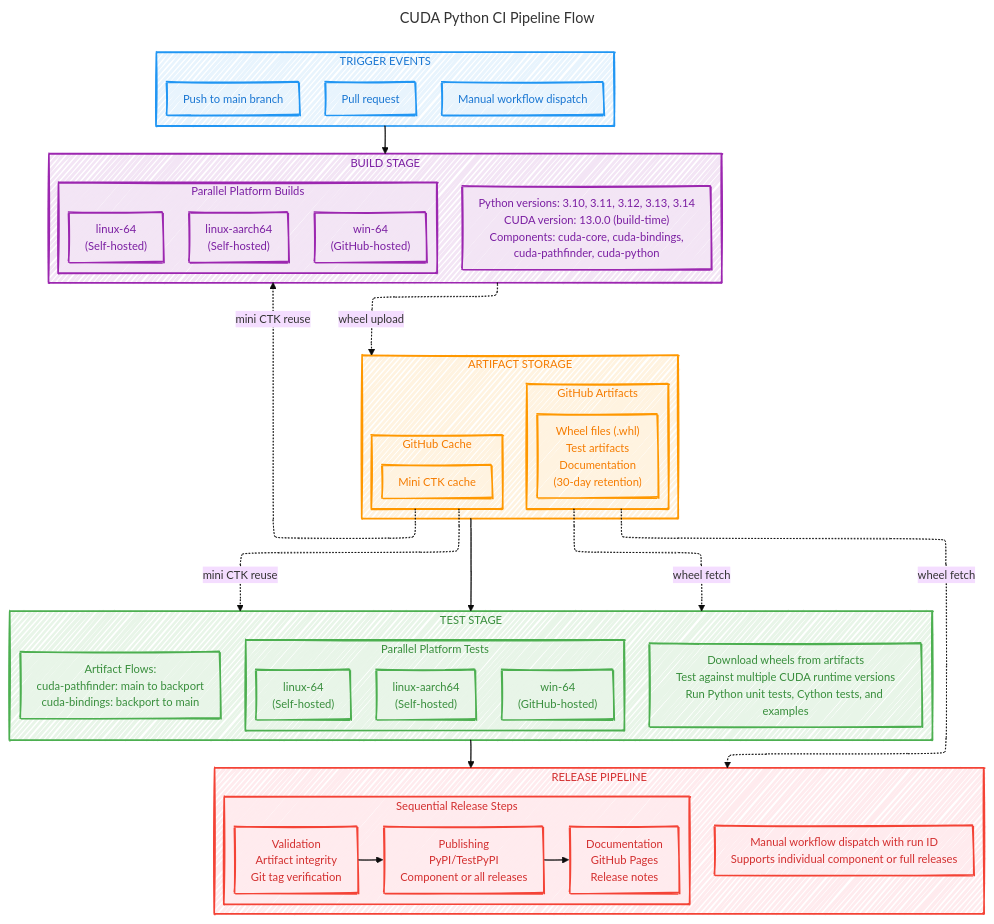
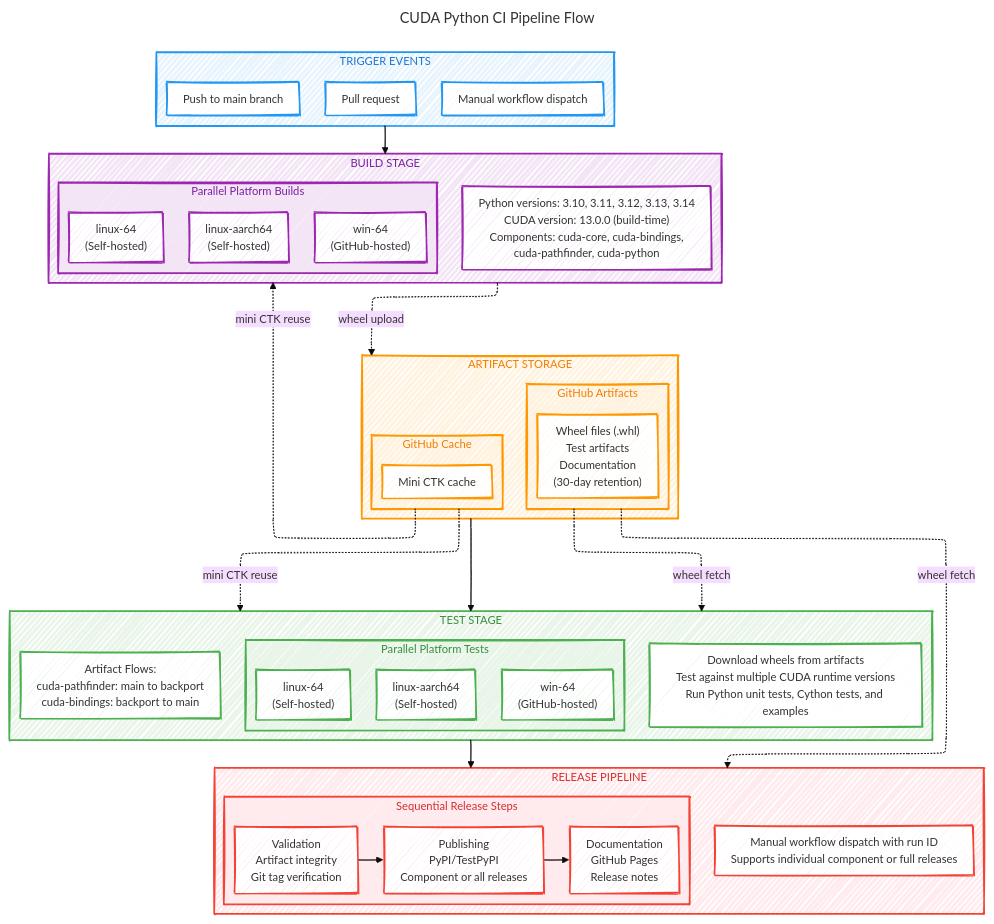
The diagram in ci/ci-pipeline.mmd (NVIDIA/cuda-python), drawn with Mermaid before and after one commit. The commit also changed 1 other file, not shown here.

```diff
--- a/ci/ci-pipeline.mmd
+++ b/ci/ci-pipeline.mmd
@@ -1,89 +1,99 @@
 ---
 # SPDX-FileCopyrightText: Copyright (c) 2026 NVIDIA CORPORATION & AFFILIATES. All rights reserved.
 # SPDX-License-Identifier: Apache-2.0
 title: CUDA Python CI Pipeline Flow
 config:
   theme: base
   look: handDrawn
   layout: elk
   handDrawnSeed: 2740
   deterministicIds: true
   deterministicIDSeed: cuda-python-ci-pipeline
   htmlLabels: true
   themeVariables:
     fontFamily: "Comic Sans MS, Comic Sans, cursive"
     fontSize: 14px
   flowchart:
     curve: basis
     diagramPadding: 8
     minNodeWidth: 140
     nodeSpacing: 24
     padding: 10
     rankSpacing: 24
     wrappingWidth: 300
 ---
 flowchart TB
     subgraph TRIGGER["TRIGGER EVENTS"]
         direction LR
         T1["Push to main branch"] ~~~ T2["Pull request"] ~~~ T3["Manual workflow dispatch"]
     end
 
     subgraph BUILD["BUILD STAGE"]
         direction TB
         subgraph BUILD_PLATFORMS["Parallel Platform Builds"]
             direction LR
             B1["linux-64<br/>(Self-hosted)"] ~~~ B2["linux-aarch64<br/>(Self-hosted)"] ~~~ B3["win-64<br/>(GitHub-hosted)"]
         end
         BUILD_DETAILS["Python versions: 3.10, 3.11, 3.12, 3.13, 3.14<br/>CUDA version: 13.0.0 (build-time)<br/>Components: cuda-core, cuda-bindings,<br/>cuda-pathfinder, cuda-python"]
     end
 
     subgraph ARTIFACTS["ARTIFACT STORAGE"]
         direction LR
         subgraph GITHUB_ARTIFACTS["GitHub Artifacts"]
             GA1["Wheel files (.whl)<br/>Test artifacts<br/>Documentation<br/>(30-day retention)"]
         end
         subgraph GITHUB_CACHE["GitHub Cache"]
             GC1["Mini CTK cache"]
         end
     end
 
     subgraph TEST["TEST STAGE"]
         direction TB
         subgraph TEST_PLATFORMS["Parallel Platform Tests"]
             direction LR
             TS1["linux-64<br/>(Self-hosted)"] ~~~ TS2["linux-aarch64<br/>(Self-hosted)"] ~~~ TS3["win-64<br/>(GitHub-hosted)"]
         end
         TEST_DETAILS["Download wheels from artifacts<br/>Test against multiple CUDA runtime versions<br/>Run Python unit tests, Cython tests, and examples"]
         ARTIFACT_FLOWS["Artifact Flows:<br/>cuda-pathfinder: main to backport<br/>cuda-bindings: backport to main"]
     end
 
     subgraph RELEASE["RELEASE PIPELINE"]
         direction TB
         subgraph RELEASE_STAGES["Sequential Release Steps"]
             direction LR
             R1["Validation<br/>Artifact integrity<br/>Git tag verification"] --> R2["Publishing<br/>PyPI/TestPyPI<br/>Component or all releases"] --> R3["Documentation<br/>GitHub Pages<br/>Release notes"]
         end
         RELEASE_DETAILS["Manual workflow dispatch with run ID<br/>Supports individual component or full releases"]
     end
 
     TRIGGER --> BUILD
     BUILD -. "wheel upload" .-> ARTIFACTS
     ARTIFACTS --> TEST
     TEST --> RELEASE
 
     GITHUB_CACHE -. "mini CTK reuse" .-> BUILD
     GITHUB_CACHE -. "mini CTK reuse" .-> TEST
     GITHUB_ARTIFACTS -. "wheel fetch" .-> TEST
     GITHUB_ARTIFACTS -. "wheel fetch" .-> RELEASE
 
     classDef triggerStyle fill:#e8f4fd,stroke:#2196F3,stroke-width:2px,color:#1976D2
+    classDef triggerNodeStyle fill:#ffffff,stroke:#2196F3,stroke-width:2px,color:#333333
     classDef buildStyle fill:#f3e5f5,stroke:#9C27B0,stroke-width:2px,color:#7B1FA2
+    classDef buildNodeStyle fill:#ffffff,stroke:#9C27B0,stroke-width:2px,color:#333333
     classDef artifactStyle fill:#fff3e0,stroke:#FF9800,stroke-width:2px,color:#F57C00
+    classDef artifactNodeStyle fill:#ffffff,stroke:#FF9800,stroke-width:2px,color:#333333
     classDef testStyle fill:#e8f5e8,stroke:#4CAF50,stroke-width:2px,color:#388E3C
+    classDef testNodeStyle fill:#ffffff,stroke:#4CAF50,stroke-width:2px,color:#333333
     classDef releaseStyle fill:#ffebee,stroke:#f44336,stroke-width:2px,color:#D32F2F
+    classDef releaseNodeStyle fill:#ffffff,stroke:#f44336,stroke-width:2px,color:#333333
 
-    class TRIGGER,T1,T2,T3 triggerStyle
-    class BUILD,BUILD_PLATFORMS,B1,B2,B3,BUILD_DETAILS buildStyle
-    class ARTIFACTS,GITHUB_ARTIFACTS,GITHUB_CACHE,GA1,GC1 artifactStyle
-    class TEST,TEST_PLATFORMS,TS1,TS2,TS3,TEST_DETAILS,ARTIFACT_FLOWS testStyle
-    class RELEASE,RELEASE_STAGES,R1,R2,R3,RELEASE_DETAILS releaseStyle
+    class TRIGGER triggerStyle
+    class T1,T2,T3 triggerNodeStyle
+    class BUILD,BUILD_PLATFORMS buildStyle
+    class B1,B2,B3,BUILD_DETAILS buildNodeStyle
+    class ARTIFACTS,GITHUB_ARTIFACTS,GITHUB_CACHE artifactStyle
+    class GA1,GC1 artifactNodeStyle
+    class TEST,TEST_PLATFORMS testStyle
+    class TS1,TS2,TS3,TEST_DETAILS,ARTIFACT_FLOWS testNodeStyle
+    class RELEASE,RELEASE_STAGES releaseStyle
+    class R1,R2,R3,RELEASE_DETAILS releaseNodeStyle
```
